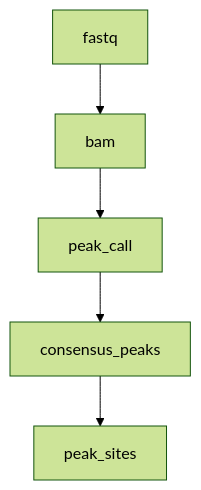
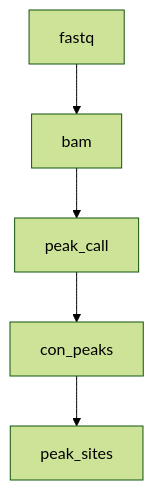
One commit to Prekovic-Lab/ChIP-seq_Snakemake_pipeline changed the diagram in README.md. Above: the diagram before and after it, drawn with Mermaid (forest theme).

````diff
--- a/README.md
+++ b/README.md
@@ -4,7 +4,7 @@
 ```mermaid
 flowchart TD
     fastq --> bam
     bam --> peak_call
-    peak_call --> consensus_peaks
-    consensus_peaks--> peak_sites
+    peak_call --> con_peaks
+    con_peaks --> peak_sites
 ```
````
